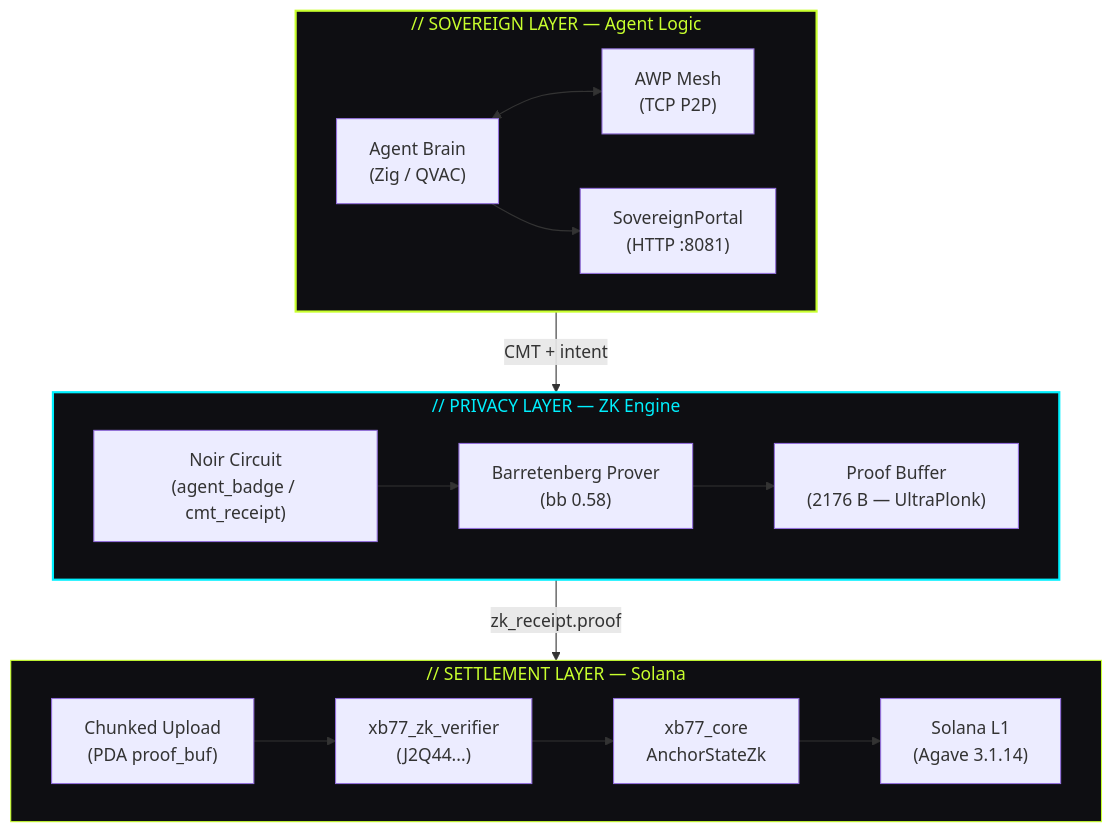
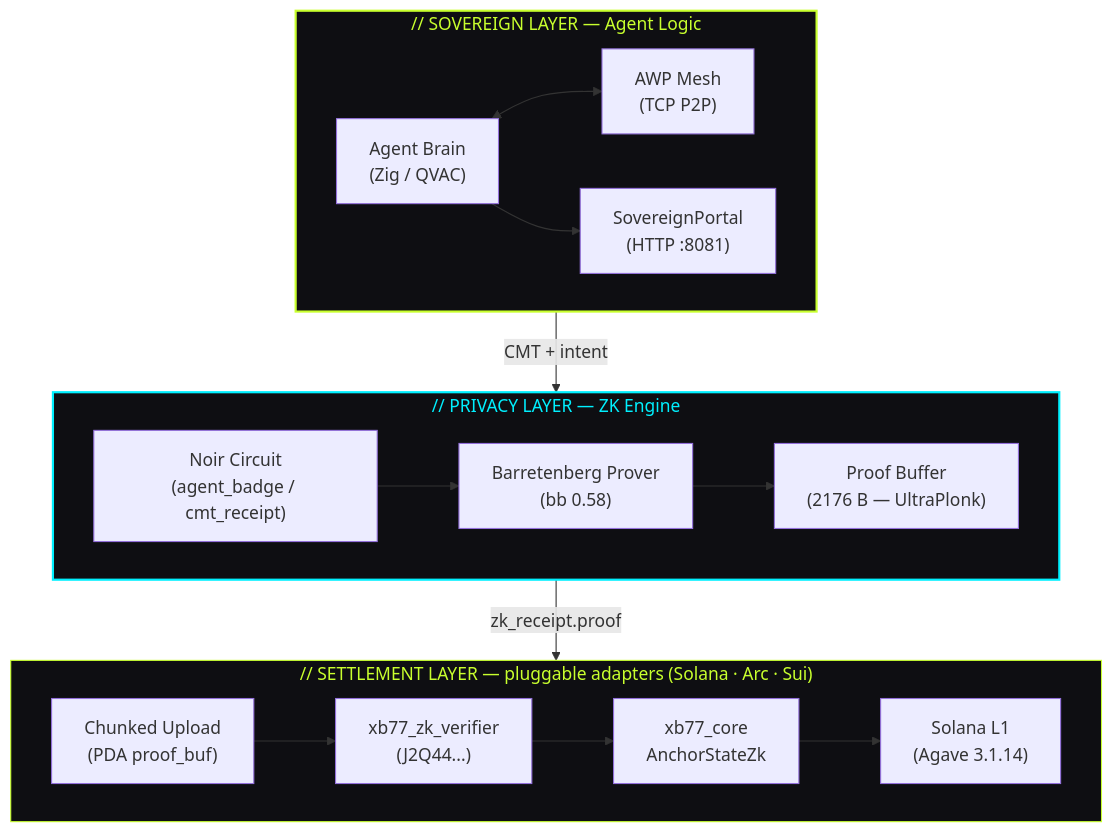
The first of 4 diagrams in docs/architecture.md (8ctag0n/xB77), drawn with Mermaid before and after one commit. The commit also changed other lines of this file and 5 other files, not shown here.

First line of the commit message:
feat(docs): reframe multichain núcleo-agnóstico + página de roadmap

````diff
--- a/docs/architecture.md
+++ b/docs/architecture.md
@@ -7,35 +7,35 @@
 ```mermaid
 graph TD
     subgraph SL["// SOVEREIGN LAYER — Agent Logic"]
         direction LR
         A1["Agent Brain\n(Zig / QVAC)"]
         A2["AWP Mesh\n(TCP P2P)"]
         A3["SovereignPortal\n(HTTP :8081)"]
         A1 <--> A2
         A1 --> A3
     end
 
     subgraph PL["// PRIVACY LAYER — ZK Engine"]
         direction LR
         B1["Noir Circuit\n(agent_badge / cmt_receipt)"]
         B2["Barretenberg Prover\n(bb 0.58)"]
         B3["Proof Buffer\n(2176 B — UltraPlonk)"]
         B1 --> B2 --> B3
     end
 
-    subgraph SE["// SETTLEMENT LAYER — Solana"]
+    subgraph SE["// SETTLEMENT LAYER — pluggable adapters (Solana · Arc · Sui)"]
         direction LR
         C1["Chunked Upload\n(PDA proof_buf)"]
         C2["xb77_zk_verifier\n(J2Q44...)"]
         C3["xb77_core\nAnchorStateZk"]
         C4["Solana L1\n(Agave 3.1.14)"]
         C1 --> C2 --> C3 --> C4
     end
 
     SL -->|"CMT + intent"| PL
     PL -->|"zk_receipt.proof"| SE
 
     style SL fill:#0e0e12,stroke:#c8ff2e,stroke-width:2px,color:#c8ff2e
     style PL fill:#0e0e12,stroke:#00f0ff,stroke-width:2px,color:#00f0ff
     style SE fill:#0e0e12,stroke:#c8ff2e,stroke-width:1px,color:#c8ff2e
 ```
````
